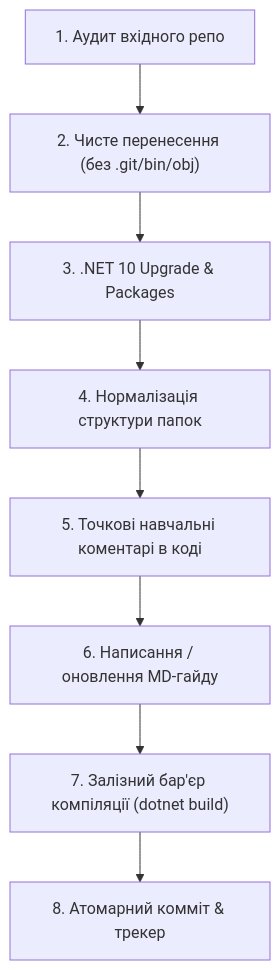
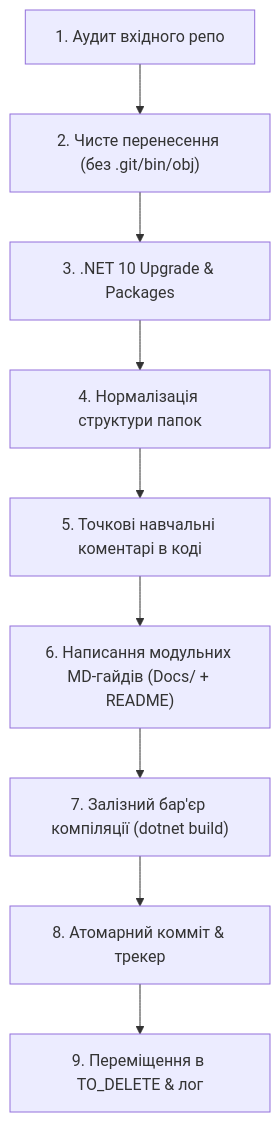
The diagram in RULES.md (MrTomkaYurii/CSharp-OOP-Mastery), drawn with Mermaid before and after one commit. The commit also changed other lines of this file, not shown here.

Commit message:
docs(rules): add modular docs in Docs/ and Step 9 to flowchart

````diff
--- a/RULES.md
+++ b/RULES.md
@@ -71,10 +71,11 @@
 ```mermaid
 flowchart TD
     A["1. Аудит вхідного репо"] --> B["2. Чисте перенесення (без .git/bin/obj)"]
     B --> C["3. .NET 10 Upgrade & Packages"]
     C --> D["4. Нормалізація структури папок"]
     D --> E["5. Точкові навчальні коментарі в коді"]
-    E --> F["6. Написання / оновлення MD-гайду"]
+    E --> F["6. Написання модульних MD-гайдів (Docs/ + README)"]
     F --> G["7. Залізний бар'єр компіляції (dotnet build)"]
     G --> H["8. Атомарний комміт & трекер"]
+    H --> I["9. Переміщення в TO_DELETE & лог"]
 ```
````
